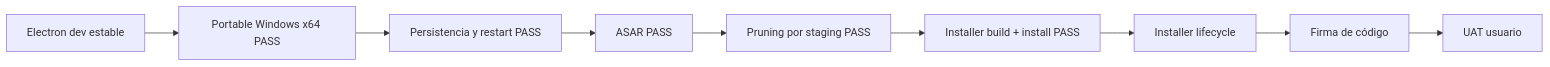
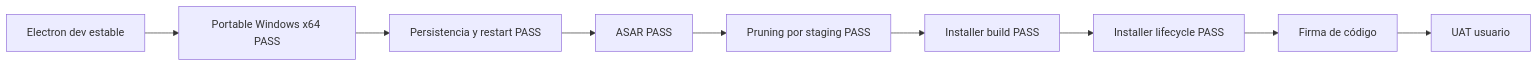
The fourth of 4 diagrams in docs/desktop-electron.md (cmartinezs/personal-tax-ledger), drawn with Mermaid before and after one commit. The commit also changed other lines of this file, not shown here.

Commit message:
docs: close desktop installer lifecycle gate

````diff
--- a/docs/desktop-electron.md
+++ b/docs/desktop-electron.md
@@ -190,11 +178,11 @@
 ```mermaid
 flowchart LR
     A[Electron dev estable] --> B[Portable Windows x64 PASS]
     B --> C[Persistencia y restart PASS]
     C --> D[ASAR PASS]
     D --> E[Pruning por staging PASS]
-    E --> F[Installer build + install PASS]
-    F --> G[Installer lifecycle]
+    E --> F[Installer build PASS]
+    F --> G[Installer lifecycle PASS]
     G --> H[Firma de código]
     H --> I[UAT usuario]
 ```
````
